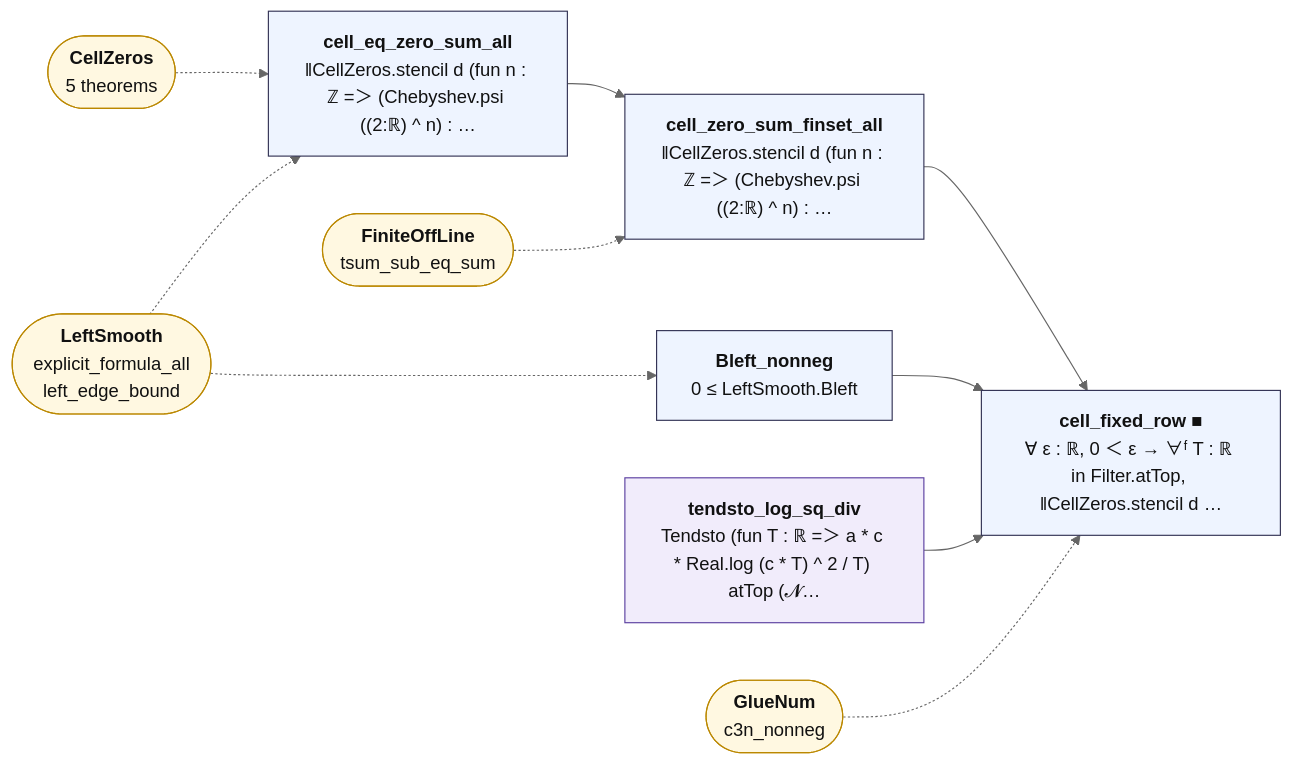
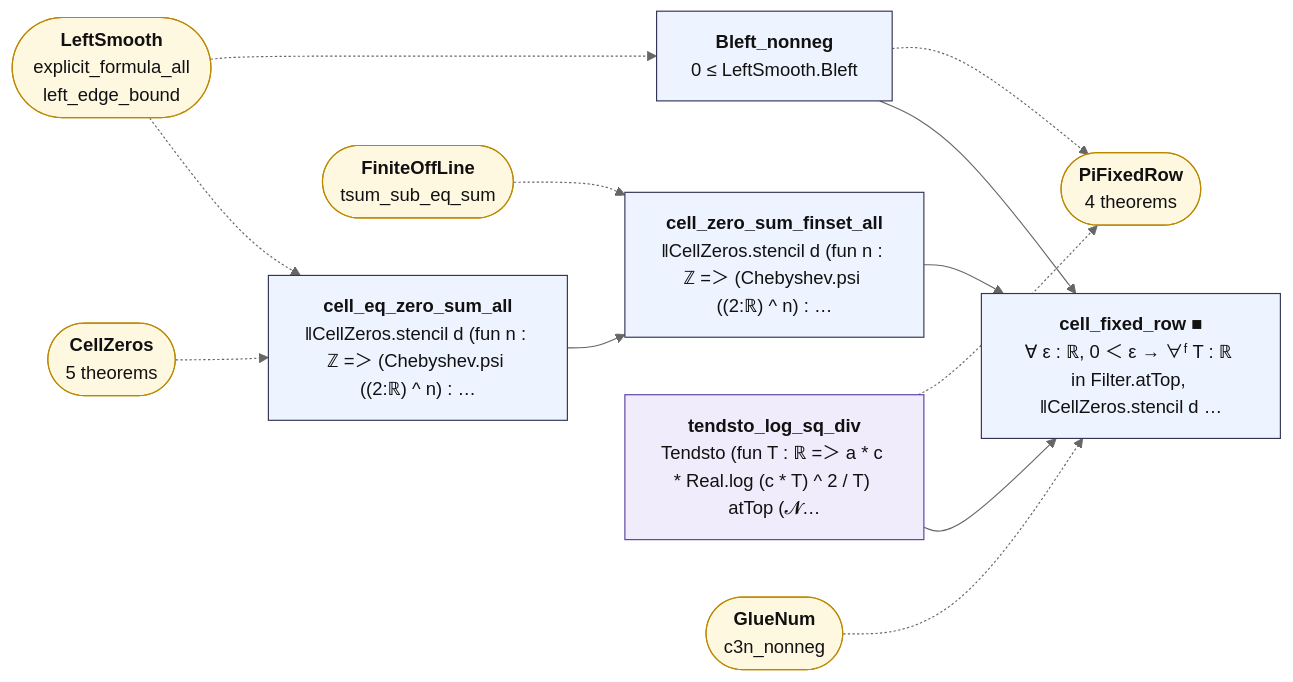
Before and after one commit to juliansambranojr/Primebeat_081426: the diagram in map/lean_stage3/CellFixedRow.mmd, drawn with Mermaid (neutral theme). The commit also changed 46 other files, not shown here.

```diff
--- a/map/lean_stage3/CellFixedRow.mmd
+++ b/map/lean_stage3/CellFixedRow.mmd
@@ -1,27 +1,30 @@
 flowchart LR
   n0["<b>cell_eq_zero_sum_all</b><br/>‖CellZeros.stencil d (fun n : ℤ =＞ (Chebyshev.psi ((2:ℝ) ^ n) : …"]:::thm
   n1["<b>cell_zero_sum_finset_all</b><br/>‖CellZeros.stencil d (fun n : ℤ =＞ (Chebyshev.psi ((2:ℝ) ^ n) : …"]:::thm
   n2["<b>Bleft_nonneg</b><br/>0 ≤ LeftSmooth.Bleft"]:::thm
   n3["<b>tendsto_log_sq_div</b><br/>Tendsto (fun T : ℝ =＞ a * c * Real.log (c * T) ^ 2 / T) atTop (𝓝…"]:::shp
   n4["<b>cell_fixed_row ■</b><br/>∀ ε : ℝ, 0 ＜ ε → ∀ᶠ T : ℝ in Filter.atTop, ‖CellZeros.stencil d …"]:::thm
   x0(["<b>CellZeros</b><br/>5 theorems"]):::ext
   x1(["<b>LeftSmooth</b><br/>explicit_formula_all<br/>left_edge_bound"]):::ext
   x2(["<b>FiniteOffLine</b><br/>tsum_sub_eq_sum"]):::ext
-  x3(["<b>GlueNum</b><br/>c3n_nonneg"]):::ext
+  x3(["<b>PiFixedRow</b><br/>4 theorems"]):::ext
+  x4(["<b>GlueNum</b><br/>c3n_nonneg"]):::ext
   n0 --> n1
   n1 --> n4
   n2 --> n4
   n3 --> n4
+  n2 -.-> x3
+  n3 -.-> x3
   x0 -.-> n0
   x1 -.-> n0
   x1 -.-> n2
   x2 -.-> n1
-  x3 -.-> n4
+  x4 -.-> n4
   classDef cnt fill:#dff5ec,stroke:#17694a,color:#111
   classDef shp fill:#f1ecfb,stroke:#5b3fa0,color:#111
   classDef rh fill:#ffe5e5,stroke:#c22,color:#111,stroke-width:2px
   classDef thm fill:#eef4ff,stroke:#335,color:#111
   classDef end_ fill:#e7f7e7,stroke:#2a7,color:#111,stroke-width:2px
   classDef lone fill:#fff,stroke:#999,color:#111,stroke-dasharray:4 3
   classDef bad fill:#ffe5e5,stroke:#c22,color:#111,stroke-width:2px
   classDef ext fill:#fff8e1,stroke:#b80,color:#111
```
